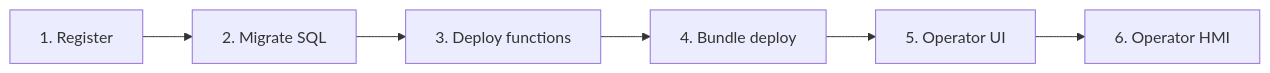
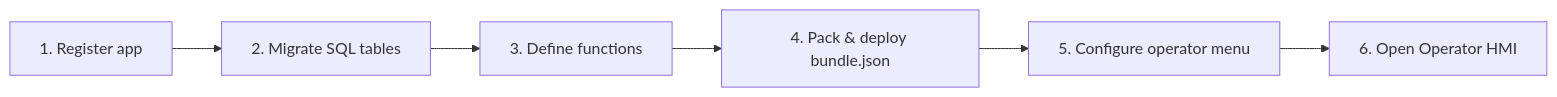
One commit to iot-solutions-ru/ispf changed the diagram in docs/en/solution-developer-guide.md. Above: the diagram before and after it, drawn with Mermaid. The commit also changed other lines of this file and 201 other files, not shown here.

````diff
--- a/docs/en/solution-developer-guide.md
+++ b/docs/en/solution-developer-guide.md
@@ -47,8 +34,8 @@
 ```mermaid
 flowchart LR
-    A[1. Register] --> B[2. Migrate SQL]
-    B --> C[3. Deploy functions]
-    C --> D[4. Bundle deploy]
-    D --> E[5. Operator UI]
-    E --> F[6. Operator HMI]
+    A["1. Register app"] --> B["2. Migrate SQL tables"]
+    B --> C["3. Define functions"]
+    C --> D["4. Pack & deploy bundle.json"]
+    D --> E["5. Configure operator menu"]
+    E --> F["6. Open Operator HMI"]
 ```
````
